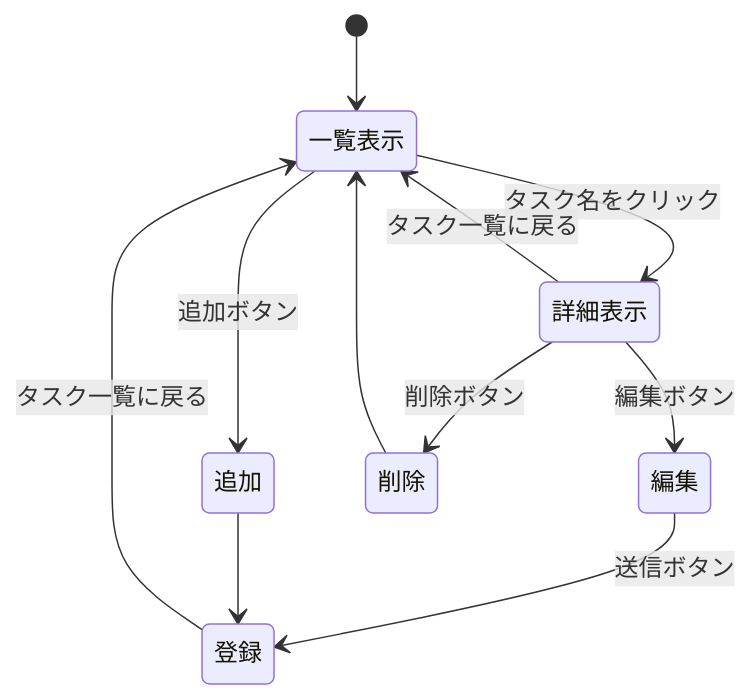
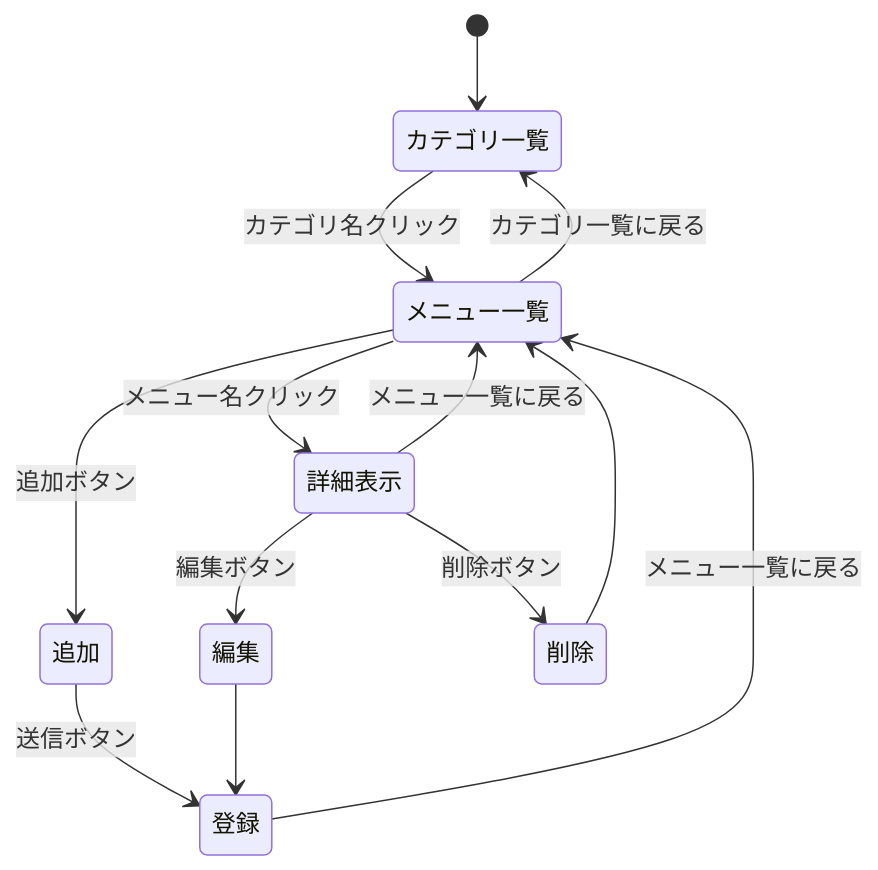
One commit to tsubutsubu00/webpro_06 changed the first of 3 diagrams in spec.md. Above: the diagram before and after it, drawn with Mermaid. The commit also changed other lines of this file and 14 other files, not shown here.

````diff
--- a/spec.md
+++ b/spec.md
@@ -24,13 +39,21 @@
 ```mermaid
 stateDiagram-v2
-    [*] --> 一覧表示
-    一覧表示 --> 詳細表示: タスク名をクリック
-    詳細表示 --> 一覧表示: タスク一覧に戻る
+    [*] --> カテゴリ一覧
+    カテゴリ一覧 --> メニュー一覧: カテゴリ名クリック
+    メニュー一覧 --> カテゴリ一覧: カテゴリ一覧に戻る
+    
+    メニュー一覧 --> 詳細表示: メニュー名クリック
+    メニュー一覧 --> 追加: 追加ボタン
+
     詳細表示 --> 編集: 編集ボタン
-    編集 --> 登録: 送信ボタン
-    登録 --> 一覧表示: タスク一覧に戻る
-    一覧表示 --> 追加: 追加ボタン
-    追加 --> 登録
     詳細表示 --> 削除: 削除ボタン
-    削除 --> 一覧表示
+    詳細表示 --> メニュー一覧: メニュー一覧に戻る
+
+    追加 --> 登録: 送信ボタン
+    編集 --> 登録
+
+    登録 --> メニュー一覧: メニュー一覧に戻る
+    
+    削除 --> メニュー一覧
+
 ```
````
